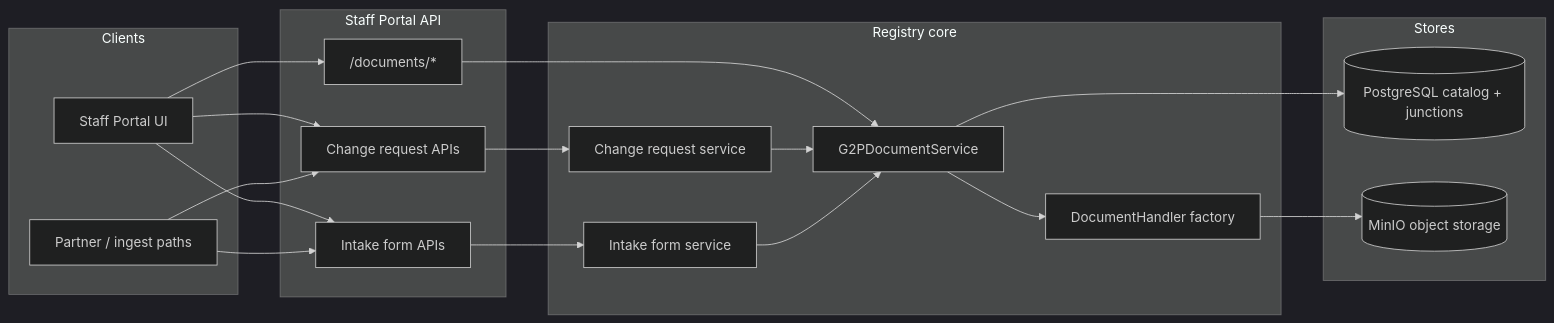
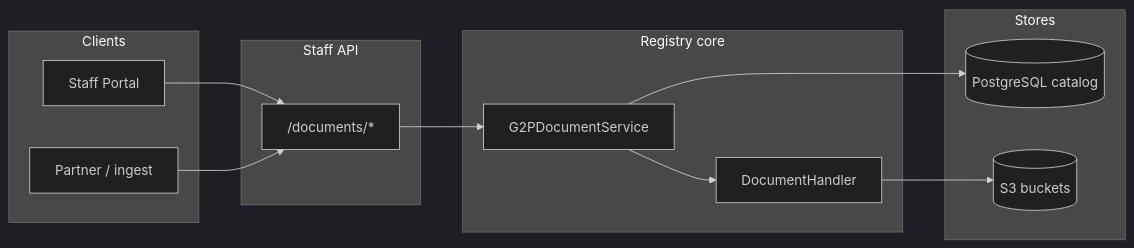
One commit to OpenG2P/openg2p-documentation changed the first of 2 diagrams in products/registry/registry/design/file-attachments.md. Above: the diagram before and after it, drawn with Mermaid (dark theme). The commit also changed other lines of this file and 25 other files, not shown here.

````diff
--- a/products/registry/registry/design/file-attachments.md
+++ b/products/registry/registry/design/file-attachments.md
@@ -21,39 +23,28 @@
 ```mermaid
 flowchart LR
     subgraph clients [Clients]
-        SP[Staff Portal UI]
-        PA[Partner / ingest paths]
+        SP[Staff Portal]
+        PA[Partner / ingest]
     end
 
-    subgraph api [Staff Portal API]
+    subgraph api [Staff API]
         DC["/documents/*"]
-        CR[Change request APIs]
-        IF[Intake form APIs]
     end
 
     subgraph core [Registry core]
         DS[G2PDocumentService]
-        CRS[Change request service]
-        IFS[Intake form service]
-        DH[DocumentHandler factory]
+        DH[DocumentHandler]
     end
 
     subgraph stores [Stores]
-        PG[(PostgreSQL catalog + junctions)]
-        MO[(MinIO object storage)]
+        PG[(PostgreSQL catalog)]
+        S3[(S3 buckets)]
     end
 
     SP --> DC
-    SP --> CR
-    SP --> IF
-    PA --> CR
-    PA --> IF
+    PA --> DC
     DC --> DS
-    CR --> CRS
-    IF --> IFS
-    CRS --> DS
-    IFS --> DS
     DS --> DH
     DS --> PG
-    DH --> MO
+    DH --> S3
 ```
````
